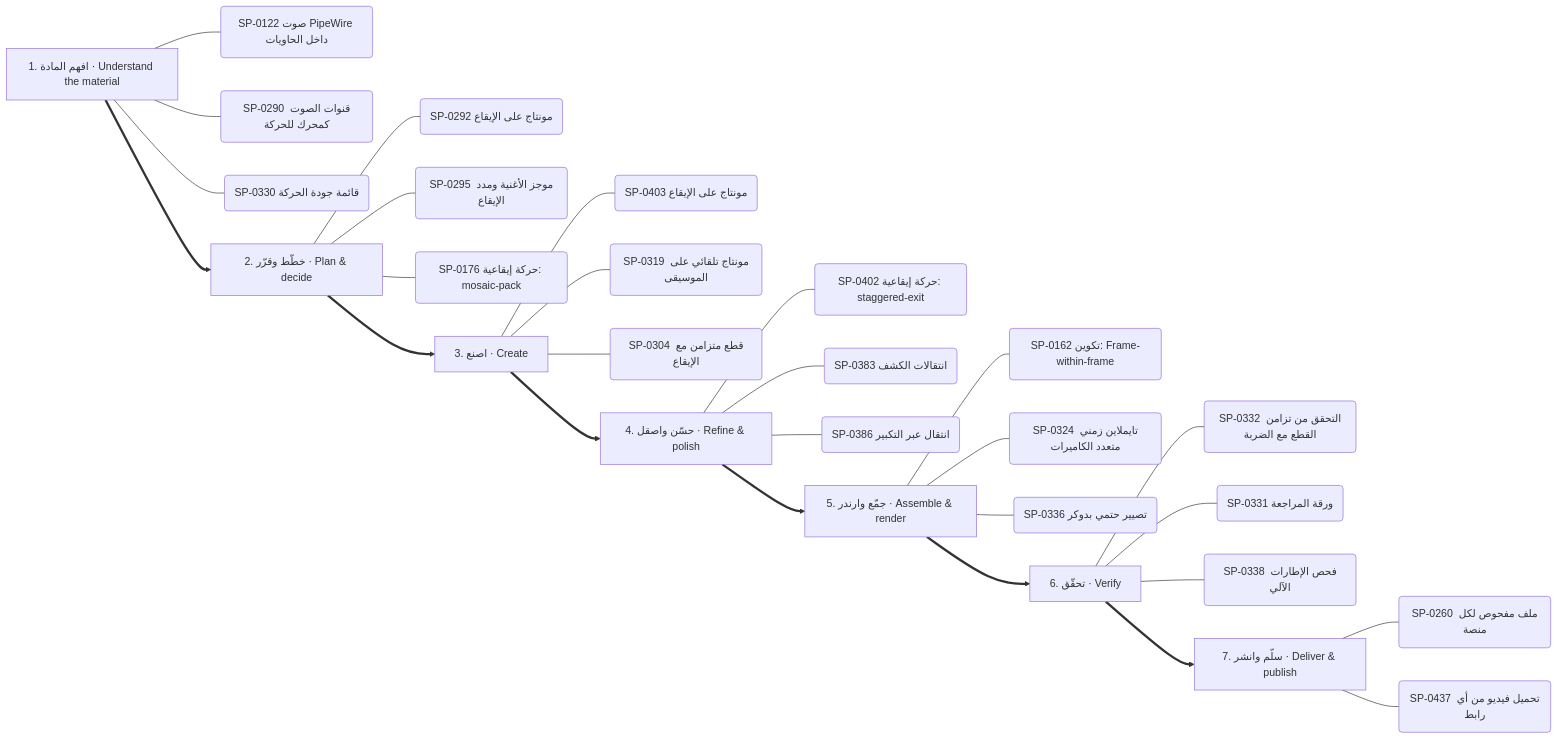
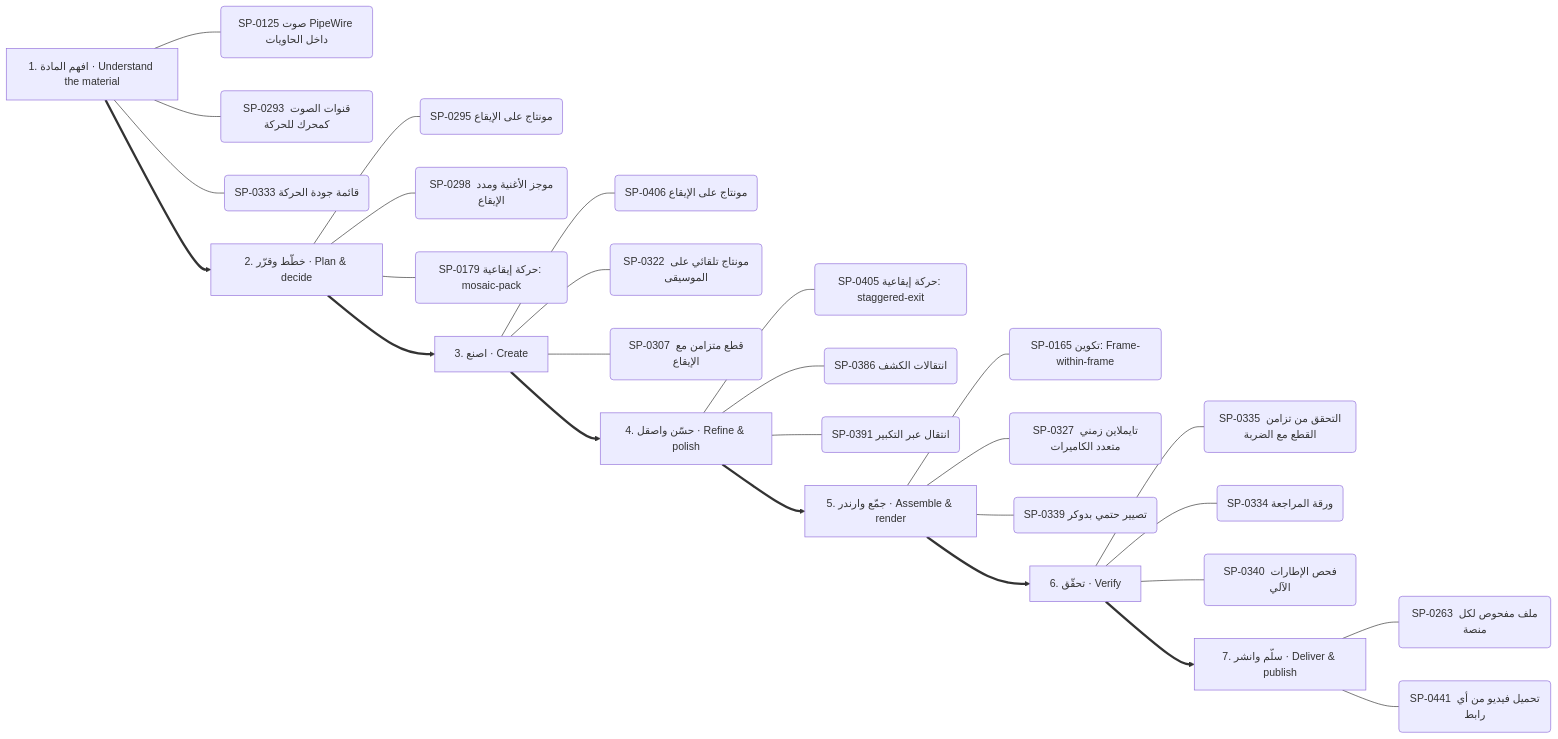
Before and after one commit to kosif199022-jpg/kosif-tool: the third of 13 diagrams in .claude/skills/kosif-superpowers/references/capability-mindmap.md, drawn with Mermaid. The commit also changed other lines of this file and 37 other files, not shown here.

````diff
--- a/.claude/skills/kosif-superpowers/references/capability-mindmap.md
+++ b/.claude/skills/kosif-superpowers/references/capability-mindmap.md
@@ -176,36 +177,36 @@
 ```mermaid
 flowchart LR
   S0["1. افهم المادة · Understand the material"]
-  S0 --- S0_0("SP-0122 صوت PipeWire داخل الحاويات")
-  S0 --- S0_1("SP-0290 قنوات الصوت كمحرك للحركة")
-  S0 --- S0_2("SP-0330 قائمة جودة الحركة")
+  S0 --- S0_0("SP-0125 صوت PipeWire داخل الحاويات")
+  S0 --- S0_1("SP-0293 قنوات الصوت كمحرك للحركة")
+  S0 --- S0_2("SP-0333 قائمة جودة الحركة")
   S1["2. خطّط وقرّر · Plan & decide"]
-  S1 --- S1_0("SP-0292 مونتاج على الإيقاع")
-  S1 --- S1_1("SP-0295 موجز الأغنية ومدد الإيقاع")
-  S1 --- S1_2("SP-0176 حركة إيقاعية: mosaic-pack")
+  S1 --- S1_0("SP-0295 مونتاج على الإيقاع")
+  S1 --- S1_1("SP-0298 موجز الأغنية ومدد الإيقاع")
+  S1 --- S1_2("SP-0179 حركة إيقاعية: mosaic-pack")
   S0 ==> S1
   S2["3. اصنع · Create"]
-  S2 --- S2_0("SP-0403 مونتاج على الإيقاع")
-  S2 --- S2_1("SP-0319 مونتاج تلقائي على الموسيقى")
-  S2 --- S2_2("SP-0304 قطع متزامن مع الإيقاع")
+  S2 --- S2_0("SP-0406 مونتاج على الإيقاع")
+  S2 --- S2_1("SP-0322 مونتاج تلقائي على الموسيقى")
+  S2 --- S2_2("SP-0307 قطع متزامن مع الإيقاع")
   S1 ==> S2
   S3["4. حسّن واصقل · Refine & polish"]
-  S3 --- S3_0("SP-0402 حركة إيقاعية: staggered-exit")
-  S3 --- S3_1("SP-0383 انتقالات الكشف")
-  S3 --- S3_2("SP-0386 انتقال عبر التكبير")
+  S3 --- S3_0("SP-0405 حركة إيقاعية: staggered-exit")
+  S3 --- S3_1("SP-0386 انتقالات الكشف")
+  S3 --- S3_2("SP-0391 انتقال عبر التكبير")
   S2 ==> S3
   S4["5. جمّع وارندر · Assemble & render"]
-  S4 --- S4_0("SP-0162 تكوين: Frame-within-frame")
-  S4 --- S4_1("SP-0324 تايملاين زمني متعدد الكاميرات")
-  S4 --- S4_2("SP-0336 تصيير حتمي بدوكر")
+  S4 --- S4_0("SP-0165 تكوين: Frame-within-frame")
+  S4 --- S4_1("SP-0327 تايملاين زمني متعدد الكاميرات")
+  S4 --- S4_2("SP-0339 تصيير حتمي بدوكر")
   S3 ==> S4
   S5["6. تحقّق · Verify"]
-  S5 --- S5_0("SP-0332 التحقق من تزامن القطع مع الضربة")
-  S5 --- S5_1("SP-0331 ورقة المراجعة")
-  S5 --- S5_2("SP-0338 فحص الإطارات الآلي")
+  S5 --- S5_0("SP-0335 التحقق من تزامن القطع مع الضربة")
+  S5 --- S5_1("SP-0334 ورقة المراجعة")
+  S5 --- S5_2("SP-0340 فحص الإطارات الآلي")
   S4 ==> S5
   S6["7. سلّم وانشر · Deliver & publish"]
-  S6 --- S6_0("SP-0260 ملف مفحوص لكل منصة")
-  S6 --- S6_1("SP-0437 تحميل فيديو من أي رابط")
+  S6 --- S6_0("SP-0263 ملف مفحوص لكل منصة")
+  S6 --- S6_1("SP-0441 تحميل فيديو من أي رابط")
   S5 ==> S6
 ```
````
